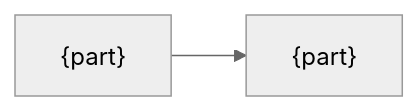
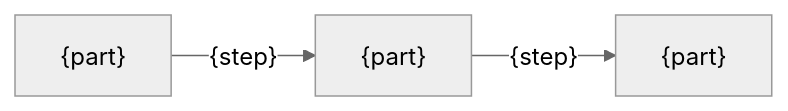
Before and after one commit to lovaizu/telldes: the diagram in .rn/templates/design.md, drawn with Mermaid (neutral theme). The commit also changed other lines of this file, not shown here.

Commit message:
docs: fold Flow into Structure, use bullets instead of tables, and drop the sequence diagram

````diff
--- a/.rn/templates/design.md
+++ b/.rn/templates/design.md
@@ -23,4 +23,4 @@
 ```mermaid
 flowchart LR
-  A["{part}"] --> B["{part}"]
+  A["{part}"] -->|"{step}"| B["{part}"] -->|"{step}"| C["{part}"]
 ```
````
